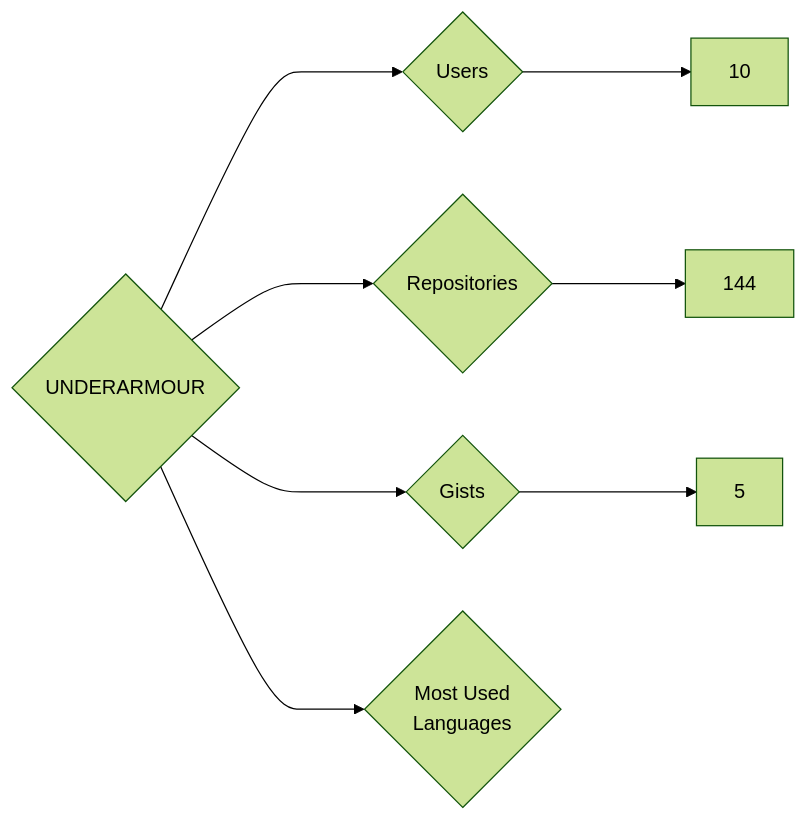
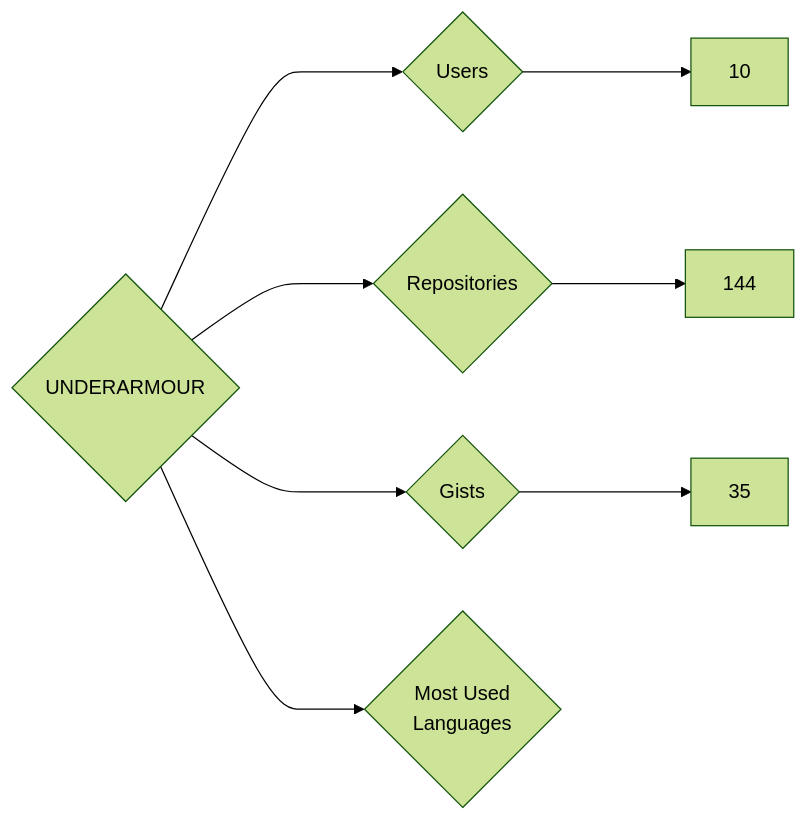
Before and after one commit to nenadzaric/insiders: the diagram in targets/UNDERARMOUR/README.md, drawn with Mermaid (forest theme). The commit also changed 1342 other files, not shown here.

````diff
--- a/targets/UNDERARMOUR/README.md
+++ b/targets/UNDERARMOUR/README.md
@@ -3,8 +3,8 @@
 ```mermaid
 graph LR
 COMPANY_NAME{UNDERARMOUR}
 COMPANY_NAME ---> U{Users} ---> UN[10]
 COMPANY_NAME ---> R{Repositories} ---> RN[144]
-COMPANY_NAME ---> G{Gists} ---> GN[5]
+COMPANY_NAME ---> G{Gists} ---> GN[35]
 COMPANY_NAME ---> ML{Most Used<br>Languages}
 ```
````
